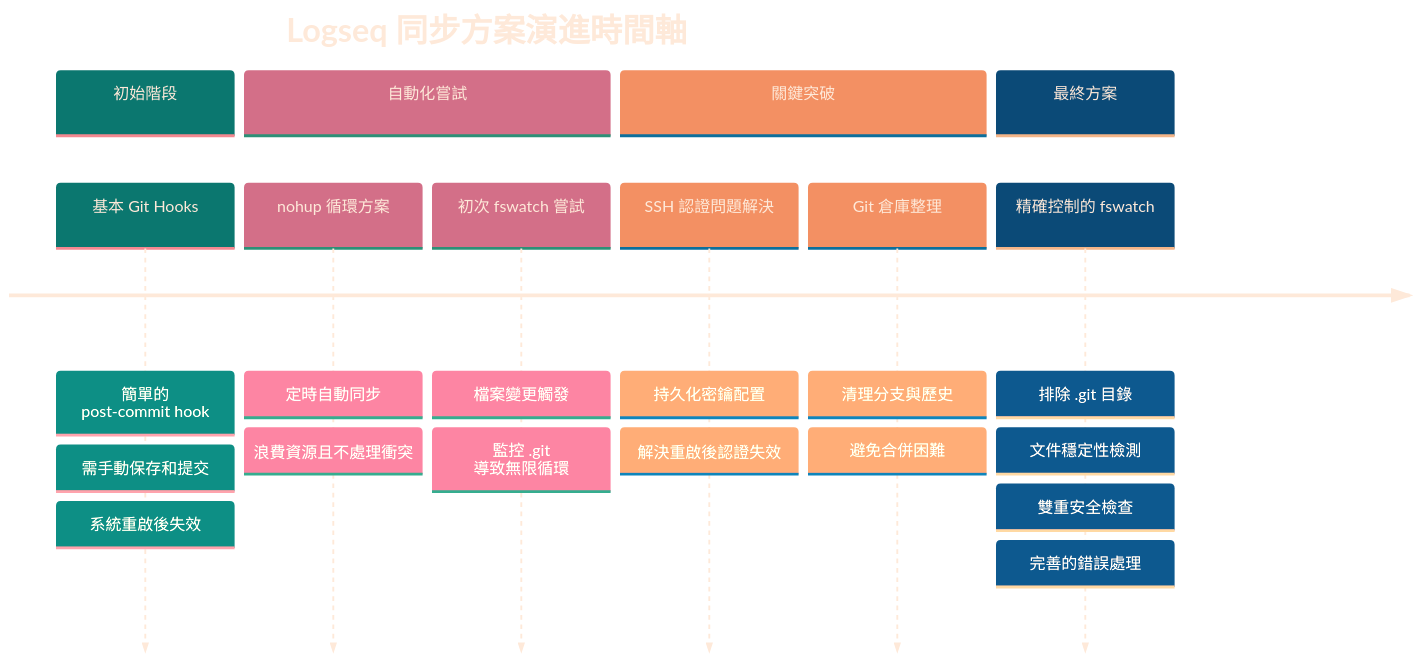
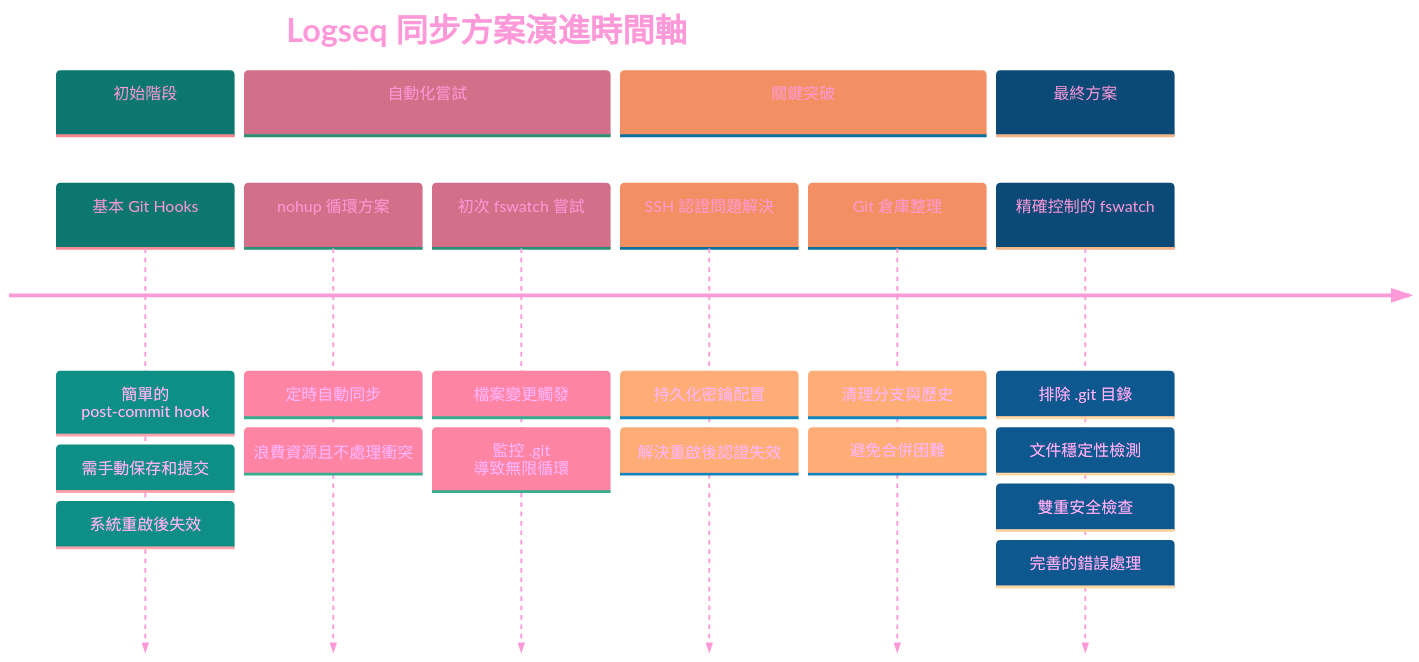
Before and after one commit to GengGeng026/Sync-Logseq: the first of 2 diagrams in Logseq同步方案演進記錄.md, drawn with Mermaid.

Commit message:
Auto-sync: Wed Mar 26 10:02:32 +08 2025

````diff
--- a/Logseq同步方案演進記錄.md
+++ b/Logseq同步方案演進記錄.md
@@ -24,38 +24,38 @@
 ```mermaid
 %%{init: {
   'theme': 'base', 
   'themeVariables': {
-    'primaryTextColor': '#FEE9D9',
+    'primaryTextColor': '#FE99D9',
     'primaryColor': '#19E9D9',
     'secondaryColor': '#F1D1D9',
     'tertiaryColor': '#FCE4D9',
     'primaryBorderColor': '#A9D9D9',
     'background': 'transparent',
     'clusterBkg': 'transparent',
     'fontFamily': 'default',
     'fontSize': '17px',
     'fontWeight': 'normal'
   }
 }}%%
 timeline
     title Logseq 同步方案演進時間軸
     section 初始階段
         基本 Git Hooks : 簡單的 post-commit hook
         : 需手動保存和提交
         : 系統重啟後失效
     section 自動化嘗試
         nohup 循環方案 : 定時自動同步
         : 浪費資源且不處理衝突
         初次 fswatch 嘗試 : 檔案變更觸發
         : 監控 .git 導致無限循環
     section 關鍵突破
         SSH 認證問題解決 : 持久化密鑰配置
         : 解決重啟後認證失效
         Git 倉庫整理 : 清理分支與歷史
         : 避免合併困難
     section 最終方案
         精確控制的 fswatch : 排除 .git 目錄
         : 文件穩定性檢測
         : 雙重安全檢查
         : 完善的錯誤處理
 ```
````
